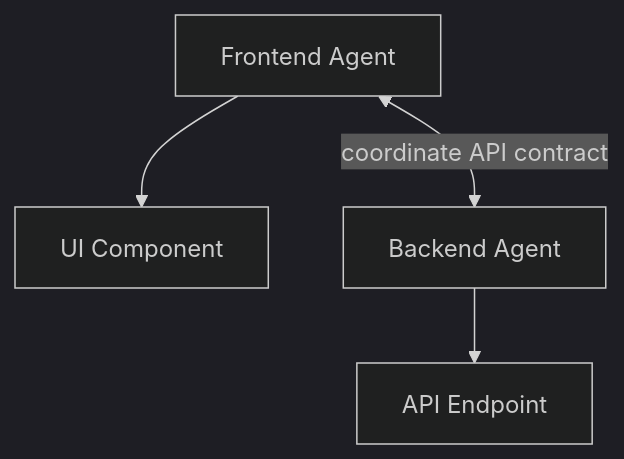
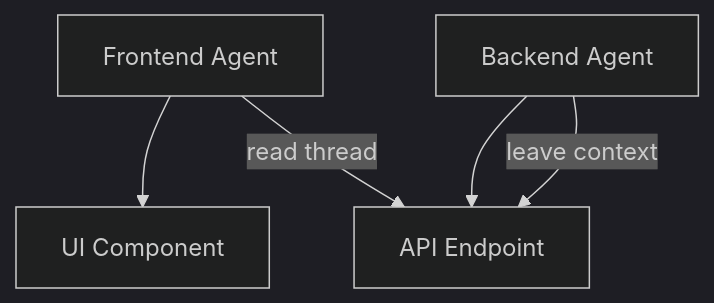
Before and after one commit to ThomasRohde/lodestar: the fourth of 4 diagrams in docs/guides/agent-coordination.md, drawn with Mermaid (dark theme). The commit also changed other lines of this file and 8 other files, not shown here.

````diff
--- a/docs/guides/agent-coordination.md
+++ b/docs/guides/agent-coordination.md
@@ -135,6 +85,7 @@
 ```mermaid
 graph TD
     A1[Frontend Agent] --> T1[UI Component]
     A2[Backend Agent] --> T2[API Endpoint]
-    A1 <--> |coordinate API contract| A2
+    A1 --> |read thread| T2
+    A2 --> |leave context| T2
 ```
````
